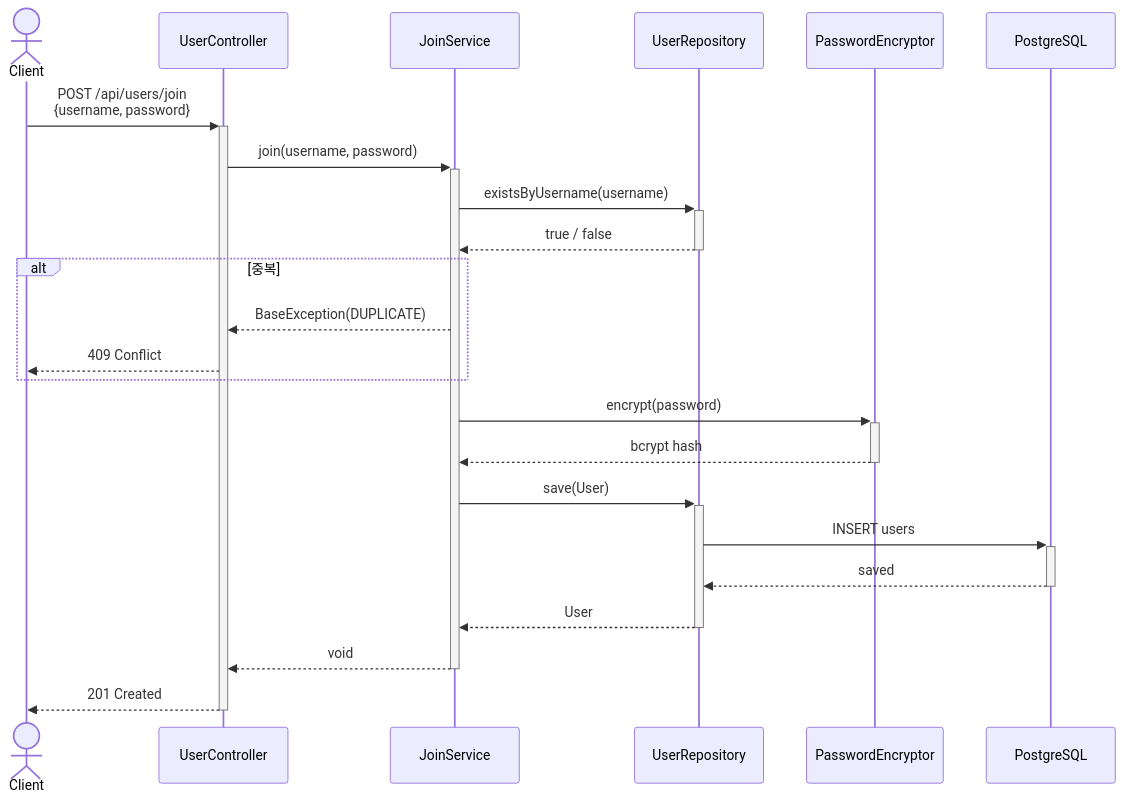
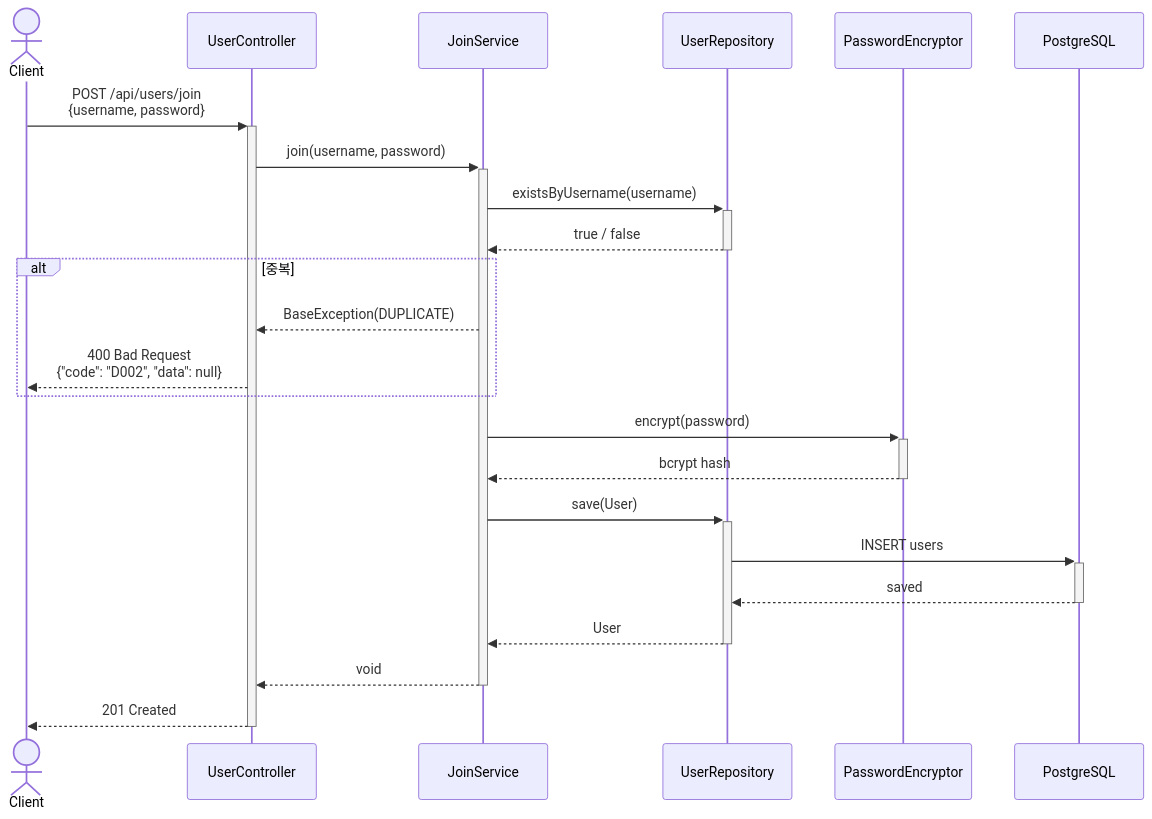
Before and after one commit to GoToOOP2/OOP: the second of 4 diagrams in docs/auth/AUTH.md, drawn with Mermaid. The commit also changed other lines of this file and 13 other files, not shown here.

````diff
--- a/docs/auth/AUTH.md
+++ b/docs/auth/AUTH.md
@@ -70,26 +70,26 @@
 ```mermaid
 sequenceDiagram
     actor Client
     participant C  as UserController
     participant S  as JoinService
     participant R  as UserRepository
     participant E  as PasswordEncryptor
     participant DB as PostgreSQL
 
     Client ->>+ C: POST /api/users/join<br/>{username, password}
     C ->>+ S: join(username, password)
     S ->>+ R: existsByUsername(username)
     R -->>- S: true / false
     alt 중복
         S -->> C: BaseException(DUPLICATE)
-        C -->> Client: 409 Conflict
+        C -->> Client: 400 Bad Request<br/>{"code": "D002", "data": null}
     end
     S ->>+ E: encrypt(password)
     E -->>- S: bcrypt hash
     S ->>+ R: save(User)
     R ->>+ DB: INSERT users
     DB -->>- R: saved
     R -->>- S: User
     S -->>- C: void
     C -->>- Client: 201 Created
 ```
````
